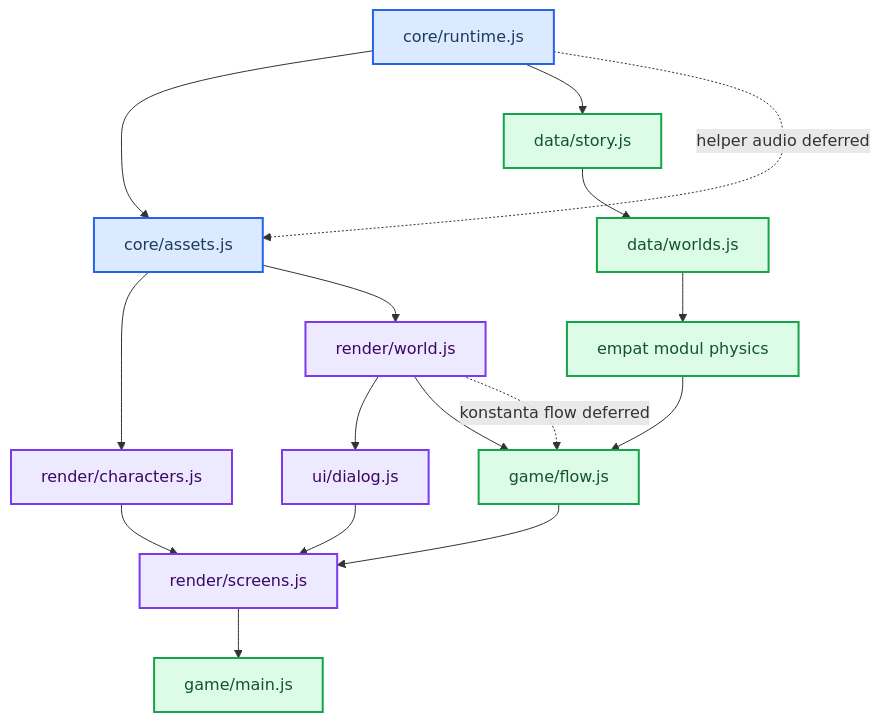
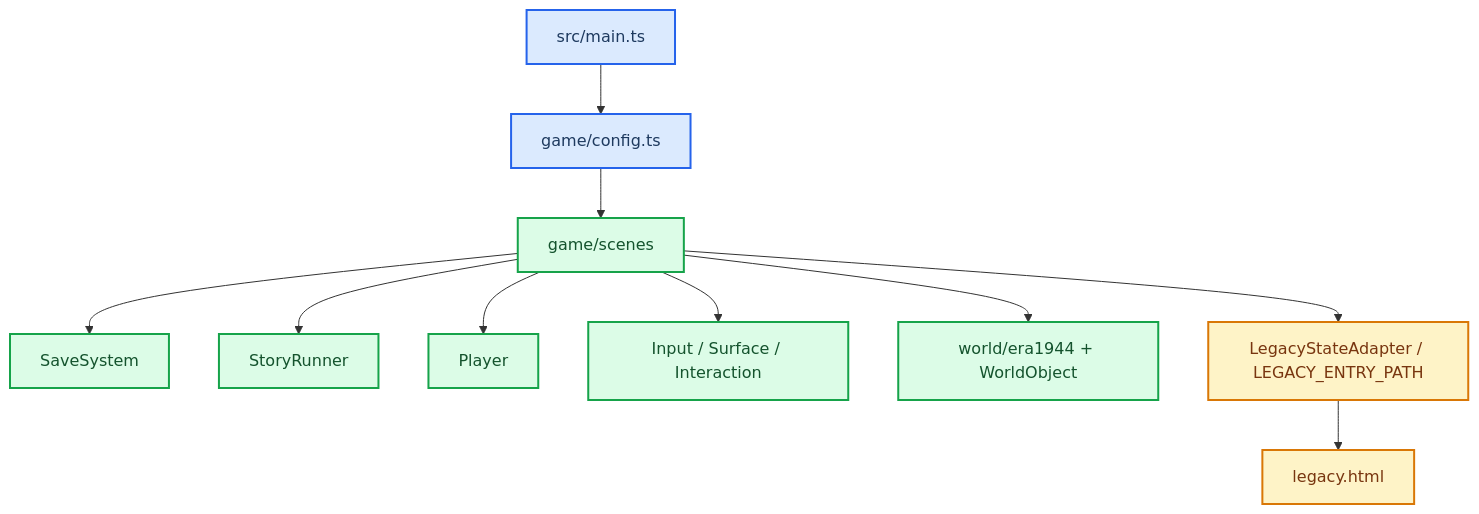
The second of 3 diagrams in docs/ARCHITECTURE.md (will702/hearts-across-time), drawn with Mermaid before and after one commit. The commit also changed other lines of this file and 42 other files, not shown here.

````diff
--- a/docs/ARCHITECTURE.md
+++ b/docs/ARCHITECTURE.md
@@ -82,28 +58,19 @@
 ```mermaid
 flowchart TB
-    accTitle: Dependency Classic Script
-    accDescr: Urutan load menghasilkan global bersama dari runtime sampai bootstrap Phaser; garis putus-putus menandai referensi deferred yang baru dipakai setelah seluruh script termuat.
+    main[src/main.ts] --> config[game/config.ts]
+    config --> scenes[game/scenes]
+    scenes --> save[SaveSystem]
+    scenes --> story[StoryRunner]
+    scenes --> player[Player]
+    scenes --> systems[Input / Surface / Interaction]
+    scenes --> world[world/era1944 + WorldObject]
+    scenes --> boundary[LegacyStateAdapter / LEGACY_ENTRY_PATH]
+    boundary --> legacy[legacy.html]
 
-    runtime[core/runtime.js] --> assets[core/assets.js]
-    assets --> characters[render/characters.js]
-    assets --> world[render/world.js]
-    world --> dialog[ui/dialog.js]
-    runtime --> story[data/story.js]
-    story --> worlds[data/worlds.js]
-    worlds --> physics[empat modul physics]
-    physics --> flow[game/flow.js]
-    world --> flow
-    characters --> screens[render/screens.js]
-    dialog --> screens
-    flow --> screens
-    screens --> main[game/main.js]
-    runtime -.->|helper audio deferred| assets
-    world -.->|konstanta flow deferred| flow
-
-    classDef core fill:#dbeafe,stroke:#2563eb,stroke-width:2px,color:#1e3a5f
-    classDef game fill:#dcfce7,stroke:#16a34a,stroke-width:2px,color:#14532d
-    classDef view fill:#ede9fe,stroke:#7c3aed,stroke-width:2px,color:#3b0764
-    class runtime,assets core
-    class story,worlds,physics,flow,main game
-    class characters,world,dialog,screens view
+    classDef entry fill:#dbeafe,stroke:#2563eb,stroke-width:2px,color:#1e3a5f
+    classDef domain fill:#dcfce7,stroke:#16a34a,stroke-width:2px,color:#14532d
+    classDef boundaryStyle fill:#fef3c7,stroke:#d97706,stroke-width:2px,color:#78350f
+    class main,config entry
+    class scenes,save,story,player,systems,world domain
+    class boundary,legacy boundaryStyle
 ```
````
